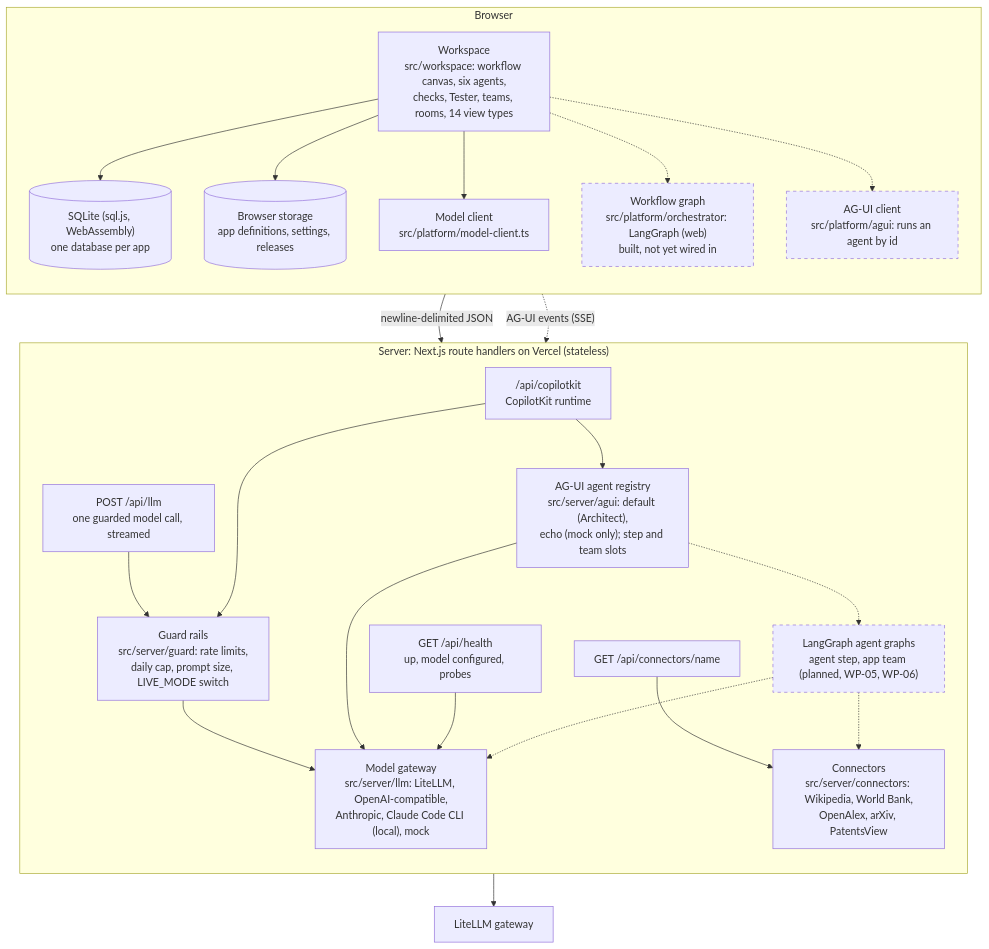
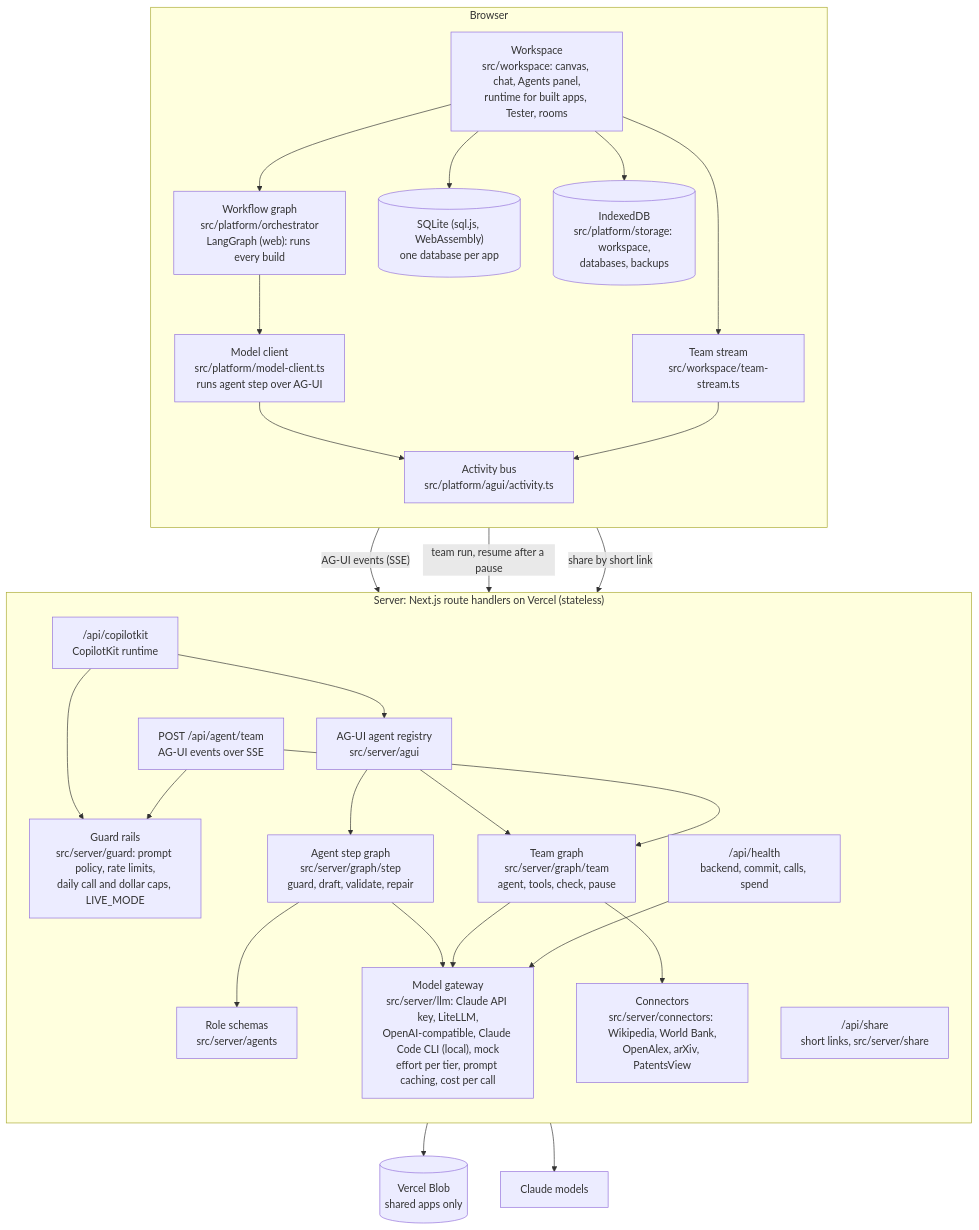
One commit to ismaeel-ch/Turnkey changed the second of 10 diagrams in docs/architecture/overview.md. Above: the diagram before and after it, drawn with Mermaid. The commit also changed other lines of this file and 19 other files, not shown here.

````diff
--- a/docs/architecture/overview.md
+++ b/docs/architecture/overview.md
@@ -62,43 +65,51 @@
 ```mermaid
 flowchart TB
   subgraph browser["Browser"]
     direction TB
-    ws["Workspace<br/>src/workspace: workflow canvas, six agents,<br/>checks, Tester, teams, rooms, 14 view types"]
-    orch["Workflow graph<br/>src/platform/orchestrator: LangGraph (web)<br/>built, not yet wired in"]
-    agc["AG-UI client<br/>src/platform/agui: runs an agent by id"]
-    mc["Model client<br/>src/platform/model-client.ts"]
+    ws["Workspace<br/>src/workspace: canvas, chat, Agents panel,<br/>runtime for built apps, Tester, rooms"]
+    orch["Workflow graph<br/>src/platform/orchestrator<br/>LangGraph (web): runs every build"]
+    mc["Model client<br/>src/platform/model-client.ts<br/>runs agent step over AG-UI"]
+    ts["Team stream<br/>src/workspace/team-stream.ts"]
+    act["Activity bus<br/>src/platform/agui/activity.ts"]
     sqlite[("SQLite (sql.js, WebAssembly)<br/>one database per app")]
-    store[("Browser storage<br/>app definitions, settings, releases")]
+    store[("IndexedDB<br/>src/platform/storage: workspace,<br/>databases, backups")]
+    ws --> orch
+    orch --> mc
+    ws --> ts
+    mc --> act
+    ts --> act
     ws --> sqlite
     ws --> store
-    ws --> mc
-    ws -.-> orch
-    ws -.-> agc
   end
   subgraph server["Server: Next.js route handlers on Vercel (stateless)"]
     direction TB
-    llm["POST /api/llm<br/>one guarded model call, streamed"]
-    health["GET /api/health<br/>up, model configured, probes"]
     ck["/api/copilotkit<br/>CopilotKit runtime"]
-    reg["AG-UI agent registry<br/>src/server/agui: default (Architect),<br/>echo (mock only); step and team slots"]
-    conr["GET /api/connectors/name"]
-    guard["Guard rails<br/>src/server/guard: rate limits,<br/>daily cap, prompt size, LIVE_MODE switch"]
-    gateway["Model gateway<br/>src/server/llm: LiteLLM, OpenAI-compatible,<br/>Anthropic, Claude Code CLI (local), mock"]
+    reg["AG-UI agent registry<br/>src/server/agui"]
+    step["Agent step graph<br/>src/server/graph/step<br/>guard, draft, validate, repair"]
+    team["Team graph<br/>src/server/graph/team<br/>agent, tools, check, pause"]
+    tr["POST /api/agent/team<br/>AG-UI events over SSE"]
+    schemas["Role schemas<br/>src/server/agents"]
     conn["Connectors<br/>src/server/connectors: Wikipedia, World Bank,<br/>OpenAlex, arXiv, PatentsView"]
-    graphs["LangGraph agent graphs<br/>agent step, app team (planned, WP-05, WP-06)"]
-    llm --> guard --> gateway
+    guard["Guard rails<br/>src/server/guard: prompt policy, rate limits,<br/>daily call and dollar caps, LIVE_MODE"]
+    gateway["Model gateway<br/>src/server/llm: Claude API key, LiteLLM,<br/>OpenAI-compatible, Claude Code CLI (local), mock<br/>effort per tier, prompt caching, cost per call"]
+    share["/api/share<br/>short links, src/server/share"]
+    health["/api/health<br/>backend, commit, calls, spend"]
     ck --> guard
-    ck --> reg --> gateway
+    tr --> guard
+    ck --> reg --> step
+    reg --> team
+    tr --> team
+    step --> schemas
+    step --> gateway
+    team --> gateway
+    team --> conn
     health --> gateway
-    conr --> conn
-    reg -.-> graphs
-    graphs -.-> conn
-    graphs -.-> gateway
   end
-  ext["LiteLLM gateway"]
-  mc -->|"newline-delimited JSON"| llm
-  agc -.->|"AG-UI events (SSE)"| ck
+  blob[("Vercel Blob<br/>shared apps only")]
+  ext["Claude models"]
+  mc -->|"AG-UI events (SSE)"| ck
+  ts -->|"team run, resume after a pause"| tr
+  ws -->|"share by short link"| share
+  share --> blob
   gateway --> ext
-  classDef planned stroke-dasharray: 5 5
-  class graphs,orch,agc planned
 ```
````
